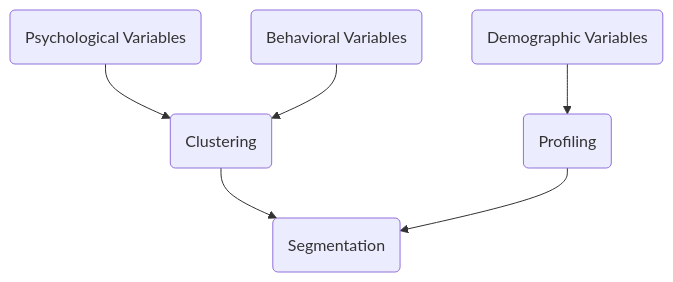
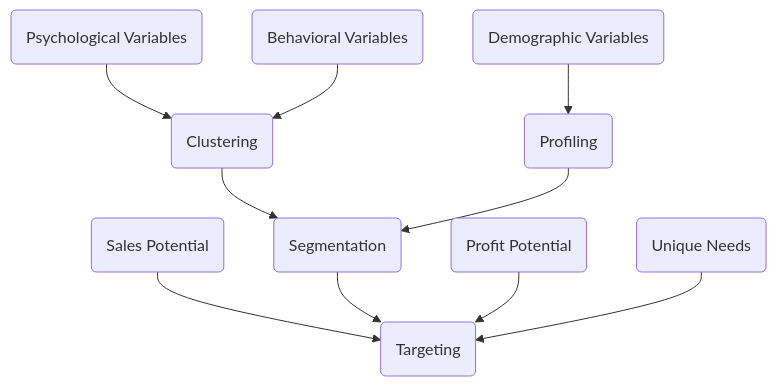
The ninth of 11 diagrams in content/business/marketing/_index.md (manasm11/blog.manas-mishra.com), drawn with Mermaid before and after one commit. The commit also changed other lines of this file and 4 other files, not shown here.

````diff
--- a/content/business/marketing/_index.md
+++ b/content/business/marketing/_index.md
@@ -341,8 +351,13 @@
 ```mermaid
 graph TD
     PSYCHOLOGICAL(Psychological Variables) --> CLUSTERING(Clustering)
     BEHAVIORAL(Behavioral Variables) --> CLUSTERING
     DEMOGRAPHIC(Demographic Variables) --> PROFILING(Profiling)
     CLUSTERING --> SEGMENTATION(Segmentation)
     PROFILING --> SEGMENTATION
+    SALES(Sales Potential) --> TARGETING(Targeting)
+    SEGMENTATION --> TARGETING
+    PROFIT(Profit Potential) --> TARGETING
+    UNIQUE(Unique Needs) --> TARGETING
+
 ```
````
